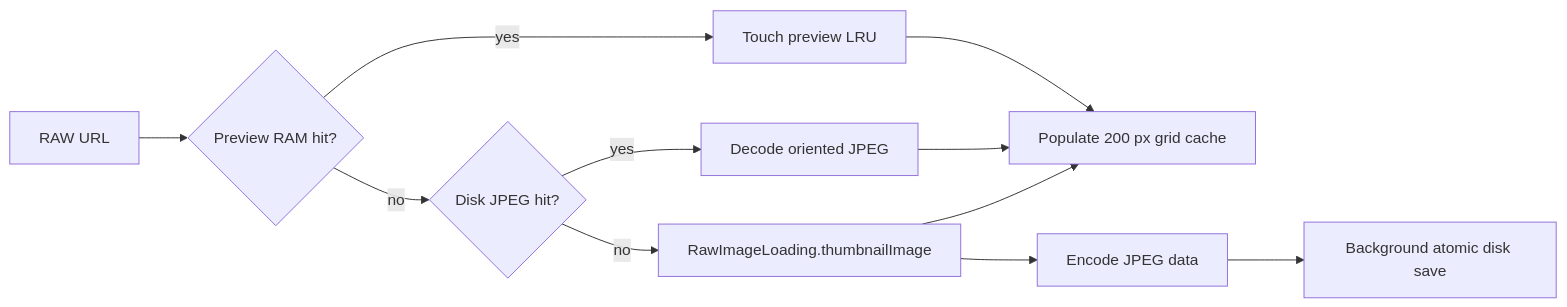
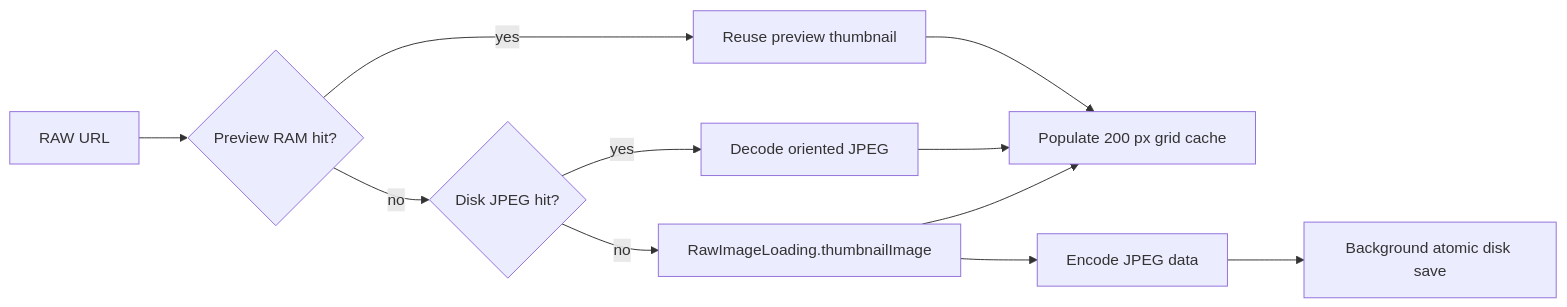
One commit to rsyncOSX/TechDocRawcull changed the second of 3 diagrams in content/en/docs/thumbnail.md. Above: the diagram before and after it, drawn with Mermaid. The commit also changed other lines of this file and 4 other files, not shown here.

````diff
--- a/content/en/docs/thumbnail.md
+++ b/content/en/docs/thumbnail.md
@@ -147,13 +147,13 @@
 ```mermaid
 flowchart LR
     A["RAW URL"] --> B{"Preview RAM hit?"}
-    B -->|"yes"| C["Touch preview LRU"]
+    B -->|"yes"| C["Reuse preview thumbnail"]
     B -->|"no"| D{"Disk JPEG hit?"}
     D -->|"yes"| E["Decode oriented JPEG"]
     D -->|"no"| F["RawImageLoading.thumbnailImage"]
     C --> G["Populate 200 px grid cache"]
     E --> G
     F --> G
     F --> H["Encode JPEG data"]
     H --> I["Background atomic disk save"]
 ```
````
